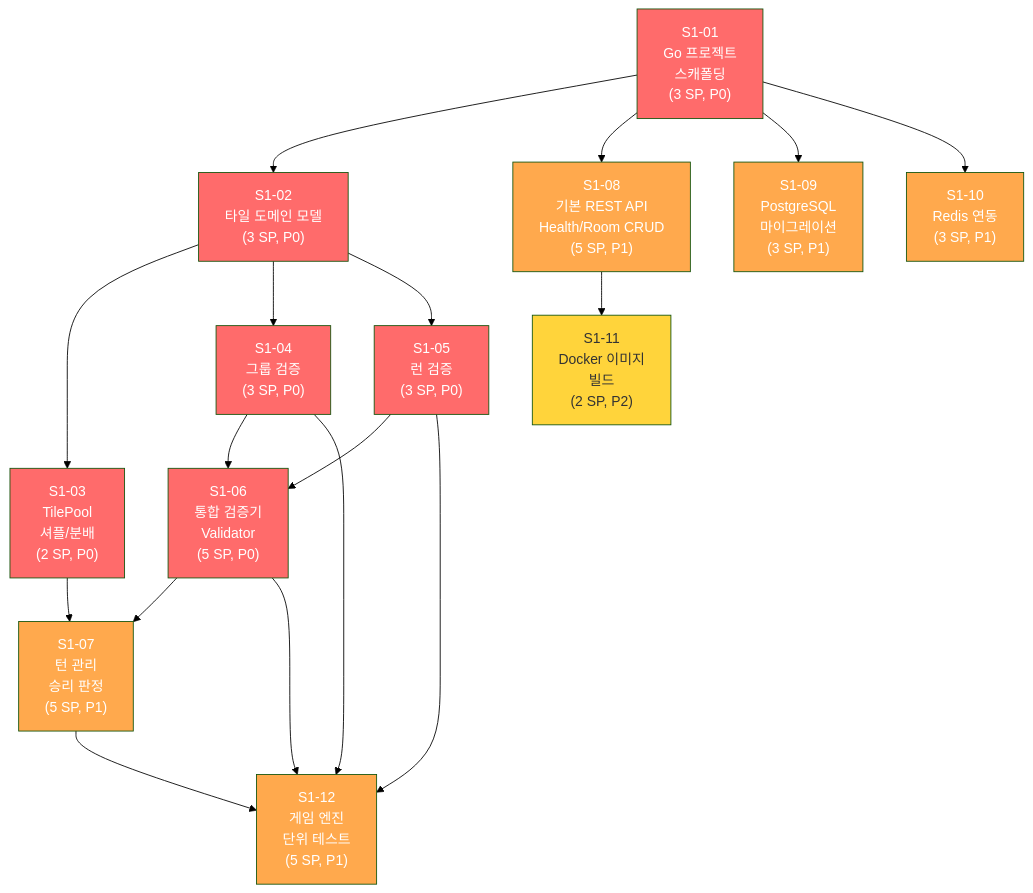
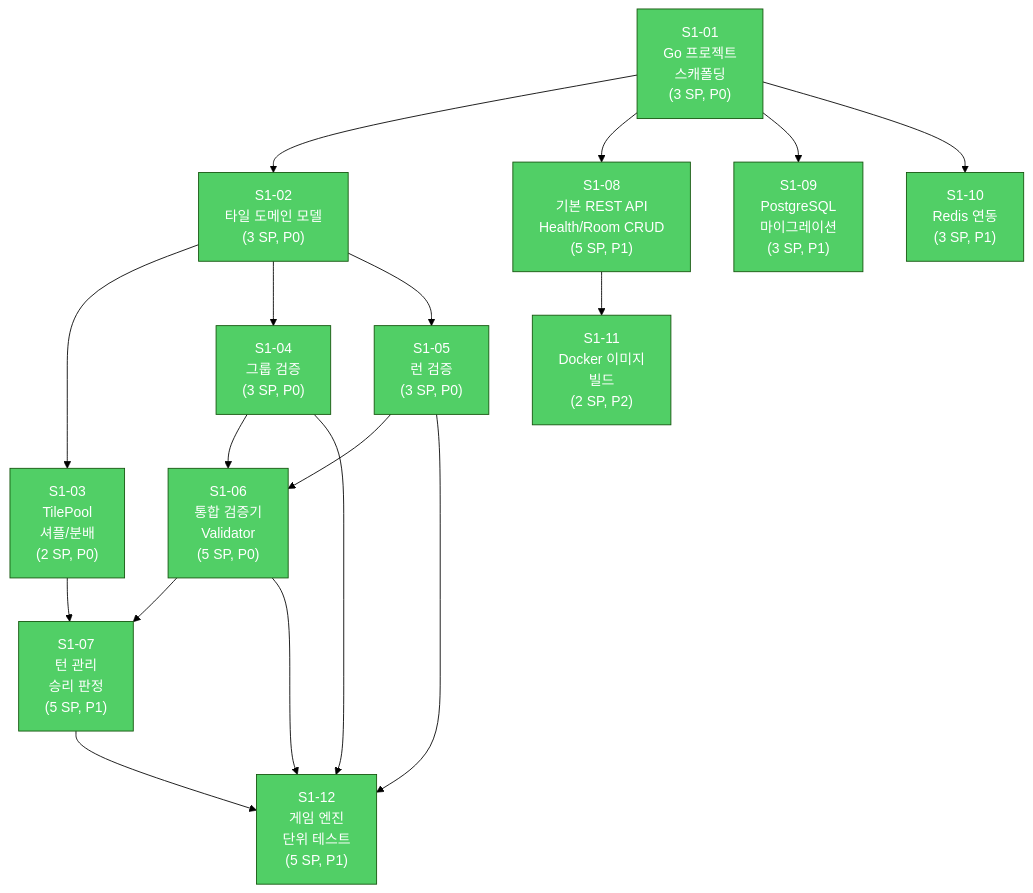
Before and after one commit to k82022603/RummiArena: the first of 2 diagrams in docs/01-planning/06-sprint1-backlog.md, drawn with Mermaid (forest theme). The commit also changed other lines of this file and 6 other files, not shown here.

````diff
--- a/docs/01-planning/06-sprint1-backlog.md
+++ b/docs/01-planning/06-sprint1-backlog.md
@@ -497,52 +528,52 @@
 ```mermaid
 flowchart TB
     S1_01["S1-01\nGo 프로젝트\n스캐폴딩\n(3 SP, P0)"]
 
     S1_02["S1-02\n타일 도메인 모델\n(3 SP, P0)"]
     S1_03["S1-03\nTilePool\n셔플/분배\n(2 SP, P0)"]
     S1_04["S1-04\n그룹 검증\n(3 SP, P0)"]
     S1_05["S1-05\n런 검증\n(3 SP, P0)"]
     S1_06["S1-06\n통합 검증기\nValidator\n(5 SP, P0)"]
     S1_07["S1-07\n턴 관리\n승리 판정\n(5 SP, P1)"]
 
     S1_08["S1-08\n기본 REST API\nHealth/Room CRUD\n(5 SP, P1)"]
     S1_09["S1-09\nPostgreSQL\n마이그레이션\n(3 SP, P1)"]
     S1_10["S1-10\nRedis 연동\n(3 SP, P1)"]
     S1_11["S1-11\nDocker 이미지\n빌드\n(2 SP, P2)"]
     S1_12["S1-12\n게임 엔진\n단위 테스트\n(5 SP, P1)"]
 
     S1_01 --> S1_02
     S1_01 --> S1_08
     S1_01 --> S1_09
     S1_01 --> S1_10
 
     S1_02 --> S1_03
     S1_02 --> S1_04
     S1_02 --> S1_05
 
     S1_04 --> S1_06
     S1_05 --> S1_06
 
     S1_06 --> S1_07
     S1_03 --> S1_07
 
     S1_04 --> S1_12
     S1_05 --> S1_12
     S1_06 --> S1_12
     S1_07 --> S1_12
 
     S1_08 --> S1_11
 
-    style S1_01 fill:#ff6b6b,color:#fff
-    style S1_02 fill:#ff6b6b,color:#fff
-    style S1_03 fill:#ff6b6b,color:#fff
-    style S1_04 fill:#ff6b6b,color:#fff
-    style S1_05 fill:#ff6b6b,color:#fff
-    style S1_06 fill:#ff6b6b,color:#fff
-    style S1_07 fill:#ffa94d,color:#fff
-    style S1_08 fill:#ffa94d,color:#fff
-    style S1_09 fill:#ffa94d,color:#fff
-    style S1_10 fill:#ffa94d,color:#fff
-    style S1_11 fill:#ffd43b,color:#333
-    style S1_12 fill:#ffa94d,color:#fff
+    style S1_01 fill:#51cf66,color:#fff
+    style S1_02 fill:#51cf66,color:#fff
+    style S1_03 fill:#51cf66,color:#fff
+    style S1_04 fill:#51cf66,color:#fff
+    style S1_05 fill:#51cf66,color:#fff
+    style S1_06 fill:#51cf66,color:#fff
+    style S1_07 fill:#51cf66,color:#fff
+    style S1_08 fill:#51cf66,color:#fff
+    style S1_09 fill:#51cf66,color:#fff
+    style S1_10 fill:#51cf66,color:#fff
+    style S1_11 fill:#51cf66,color:#fff
+    style S1_12 fill:#51cf66,color:#fff
 ```
````
